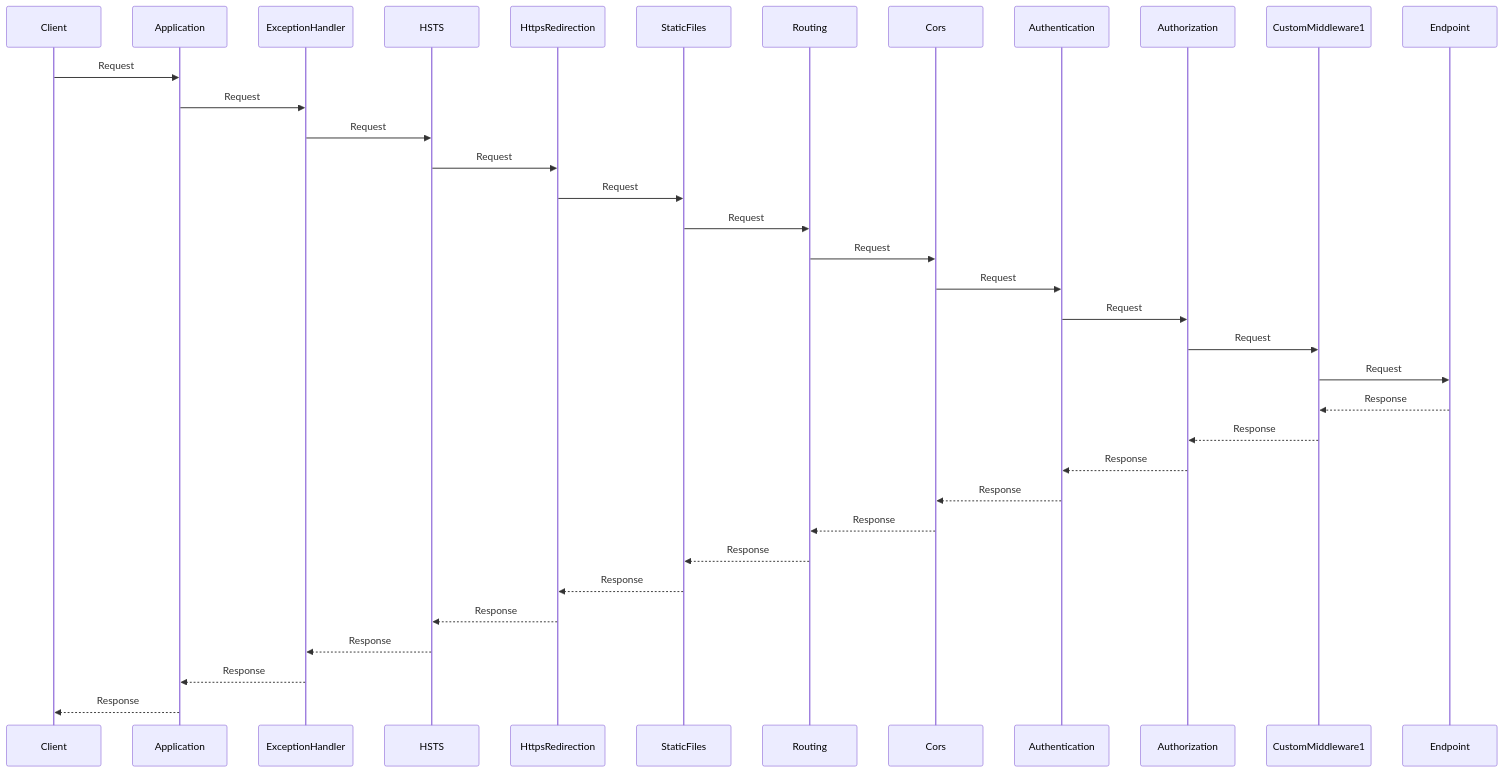
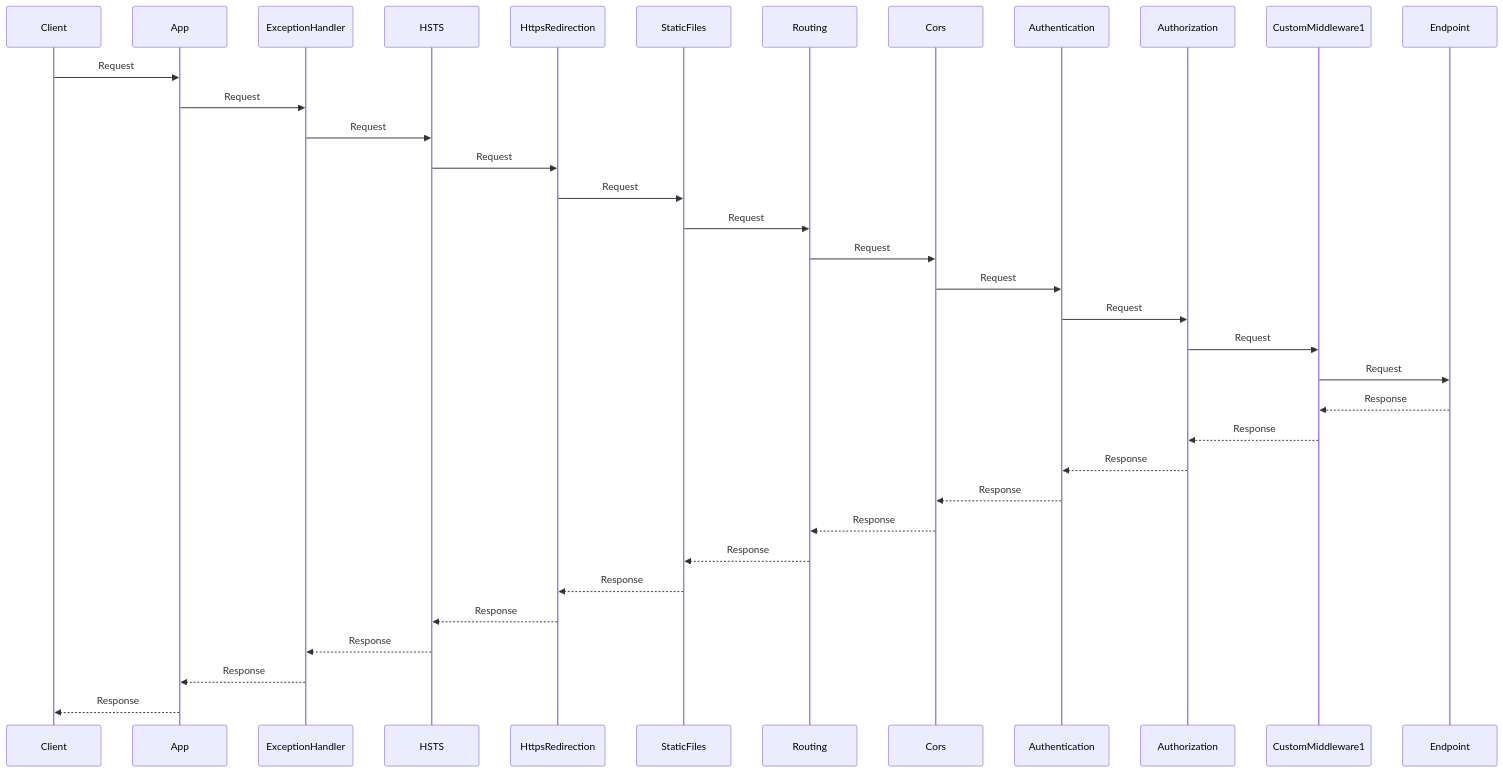
The diagram in mid2.md (Rick-Anderson/Report), drawn with Mermaid before and after one commit.

````diff
--- a/mid2.md
+++ b/mid2.md
@@ -1,38 +1,38 @@
 ```mermaid
 sequenceDiagram
     participant Client
-    participant Application
+    participant App
     participant ExceptionHandler
     participant HSTS
     participant HttpsRedirection
     participant StaticFiles
     participant Routing
     participant Cors
     participant Authentication
     participant Authorization
     participant CustomMiddleware1
     participant Endpoint
 
-    Client->>Application: Request
-    Application->>ExceptionHandler: Request
+    Client->>App: Request
+    App->>ExceptionHandler: Request
     ExceptionHandler->>HSTS: Request
     HSTS->>HttpsRedirection: Request
     HttpsRedirection->>StaticFiles: Request
     StaticFiles->>Routing: Request
     Routing->>Cors: Request
     Cors->>Authentication: Request
     Authentication->>Authorization: Request
     Authorization->>CustomMiddleware1: Request
     CustomMiddleware1->>Endpoint: Request
     Endpoint-->>CustomMiddleware1: Response
     CustomMiddleware1-->>Authorization: Response
     Authorization-->>Authentication: Response
     Authentication-->>Cors: Response
     Cors-->>Routing: Response
     Routing-->>StaticFiles: Response
     StaticFiles-->>HttpsRedirection: Response
     HttpsRedirection-->>HSTS: Response
     HSTS-->>ExceptionHandler: Response
-    ExceptionHandler-->>Application: Response
-    Application-->>Client: Response
+    ExceptionHandler-->>App: Response
+    App-->>Client: Response
 ```
````
